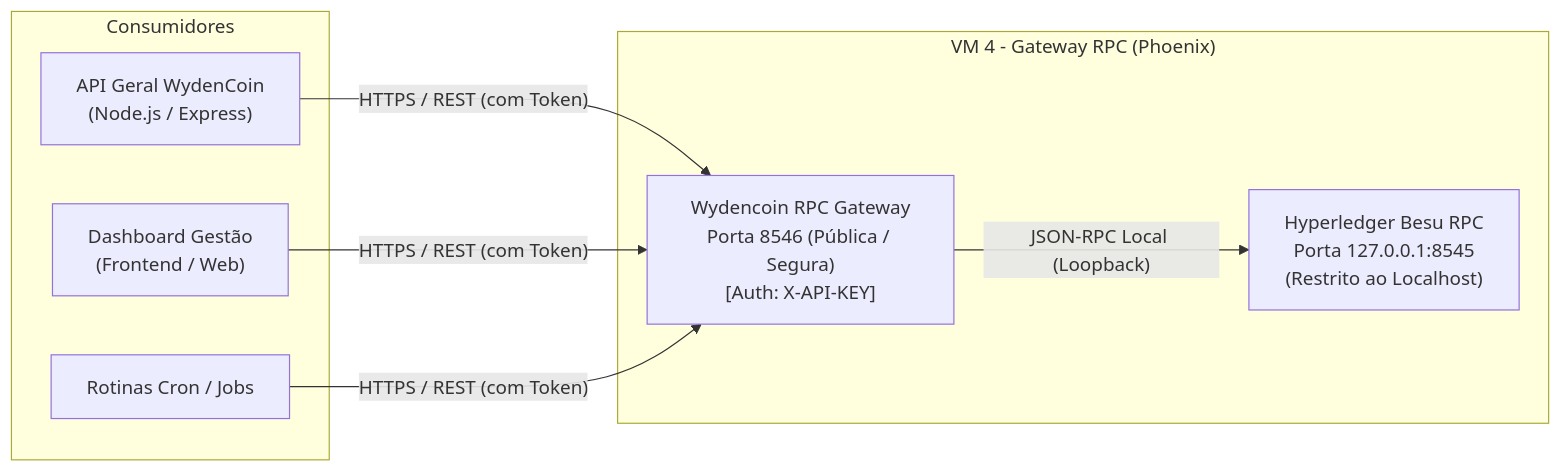
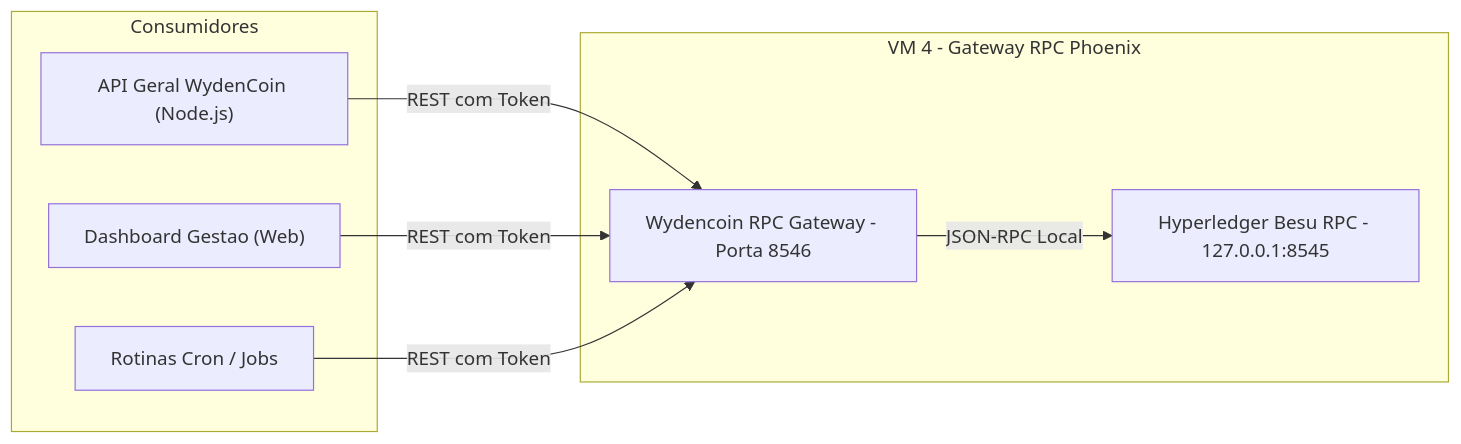
One commit to wydencoin/infra changed the diagram in gateway/GATEWAY_API.md. Above: the diagram before and after it, drawn with Mermaid.

Commit message:
fix(docs): simplifica diagrama mermaid removendo tags br e caracteres conflitantes

````diff
--- a/gateway/GATEWAY_API.md
+++ b/gateway/GATEWAY_API.md
@@ -11,18 +11,18 @@
 ```mermaid
-flowchart LR
-    subgraph Consumidores ["Consumidores"]
-        Backend["API Geral WydenCoin<br/>(Node.js / Express)"]
-        Dashboard["Dashboard Gestão<br/>(Frontend / Web)"]
+graph LR
+    subgraph Consumidores
+        Backend["API Geral WydenCoin (Node.js)"]
+        Dashboard["Dashboard Gestao (Web)"]
         Cron["Rotinas Cron / Jobs"]
     end
 
-    subgraph VM4 ["VM 4 - Gateway RPC (Phoenix)"]
-        Gateway["Wydencoin RPC Gateway<br/>Porta 8546 (Pública / Segura)<br/>[Auth: X-API-KEY]"]
-        Besu["Hyperledger Besu RPC<br/>Porta 127.0.0.1:8545<br/>(Restrito ao Localhost)"]
+    subgraph VM4["VM 4 - Gateway RPC Phoenix"]
+        Gateway["Wydencoin RPC Gateway - Porta 8546"]
+        Besu["Hyperledger Besu RPC - 127.0.0.1:8545"]
     end
 
-    Backend -->|"HTTPS / REST (com Token)"| Gateway
-    Dashboard -->|"HTTPS / REST (com Token)"| Gateway
-    Cron -->|"HTTPS / REST (com Token)"| Gateway
-    Gateway -->|"JSON-RPC Local (Loopback)"| Besu
+    Backend -->|REST com Token| Gateway
+    Dashboard -->|REST com Token| Gateway
+    Cron -->|REST com Token| Gateway
+    Gateway -->|JSON-RPC Local| Besu
 ```
````
